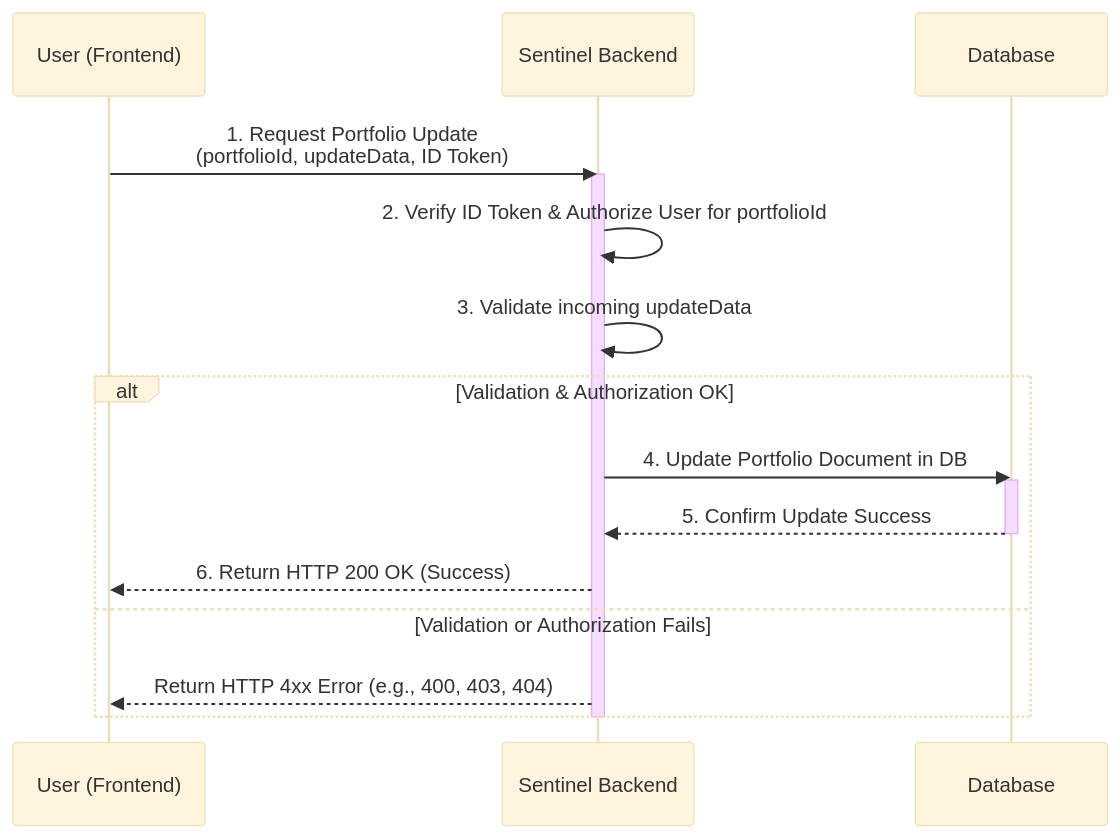
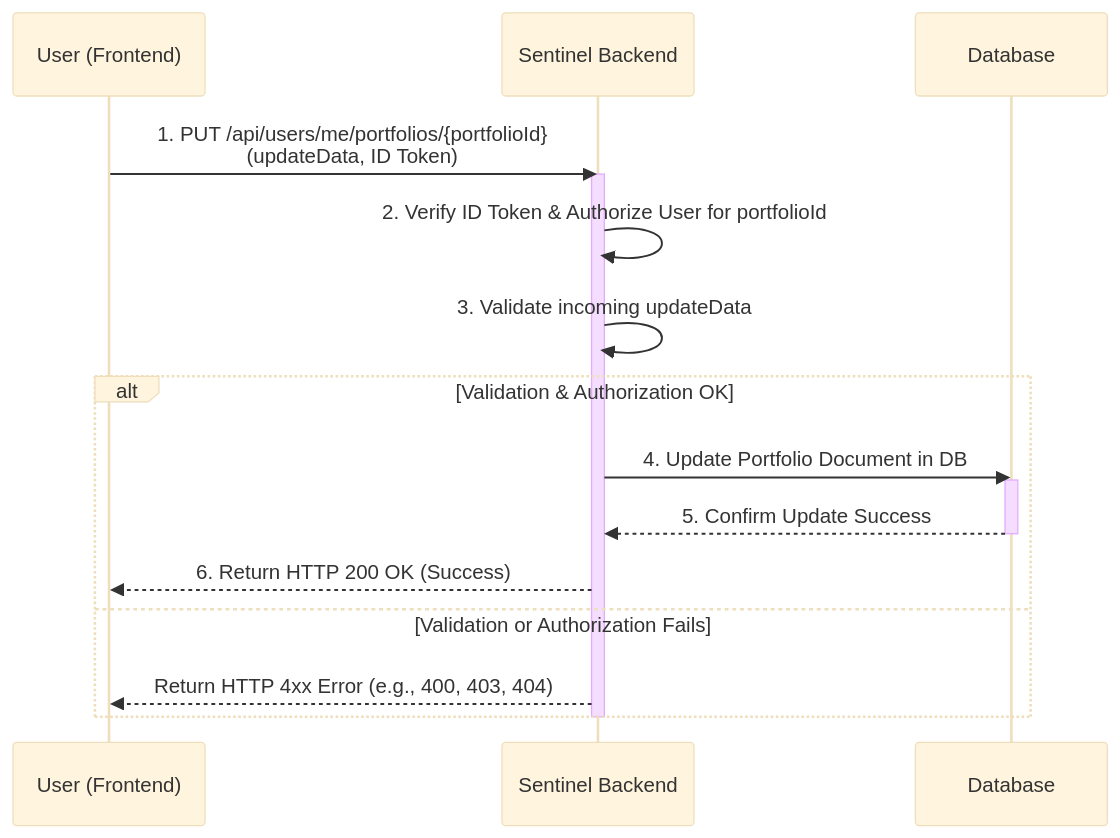
The fourth of 12 diagrams in product_spec.md (enzhao/Sentinel), drawn with Mermaid (base theme) before and after one commit. The commit also changed other lines of this file, not shown here.

Commit message:
docs(spec): changed the handling of portfolio endpoints. #4

````diff
--- a/product_spec.md
+++ b/product_spec.md
@@ -310,22 +310,22 @@
 ```mermaid
 sequenceDiagram
     participant User as User (Frontend)
     participant Sentinel as Sentinel Backend
     participant DB as Database
 
-    User->>Sentinel: 1. Request Portfolio Update<br> (portfolioId, updateData, ID Token)
+    User->>Sentinel: 1. PUT /api/users/me/portfolios/{portfolioId}<br> (updateData, ID Token)
     activate Sentinel
     Sentinel->>Sentinel: 2. Verify ID Token & Authorize User for portfolioId
     Sentinel->>Sentinel: 3. Validate incoming updateData
     
     alt Validation & Authorization OK
         Sentinel->>DB: 4. Update Portfolio Document in DB
         activate DB
         DB-->>Sentinel: 5. Confirm Update Success
         deactivate DB
         Sentinel-->>User: 6. Return HTTP 200 OK (Success)
     else Validation or Authorization Fails
         Sentinel-->>User: Return HTTP 4xx Error (e.g., 400, 403, 404)
     end
     deactivate Sentinel
 ```
````
